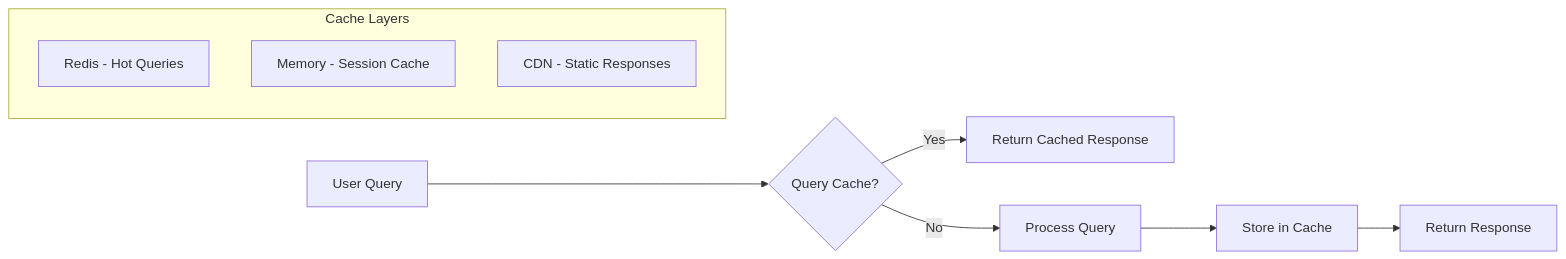
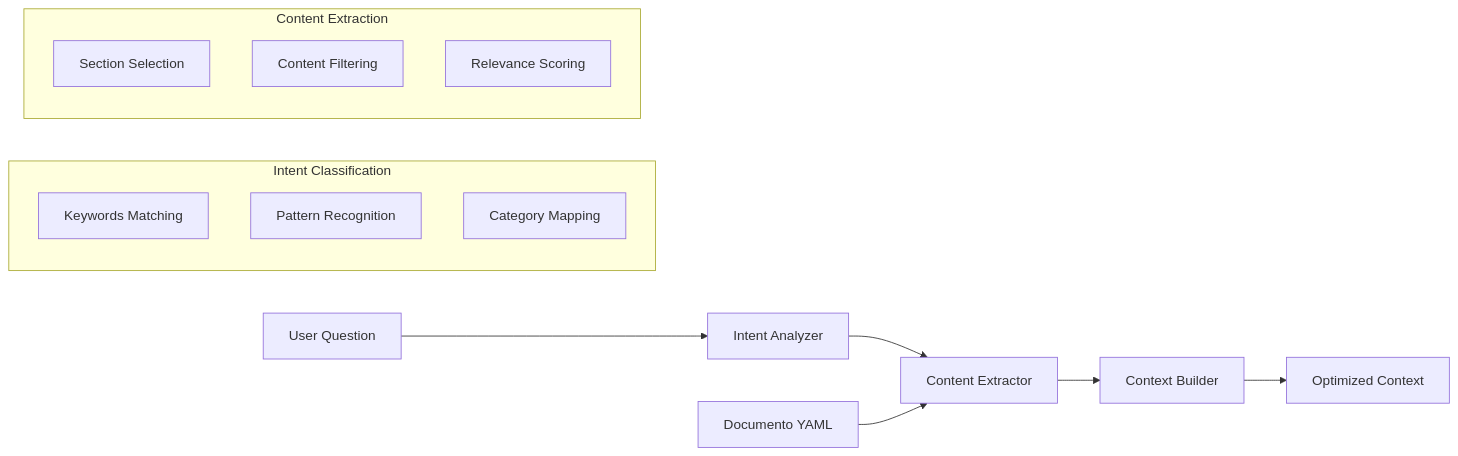
Before and after one commit to LIDR-academy/AI4Devs-finalproject: the third of 13 diagrams in docs/tech-solution.md, drawn with Mermaid. The commit also changed other lines of this file and 21 other files, not shown here.

````diff
--- a/docs/tech-solution.md
+++ b/docs/tech-solution.md
@@ -280,14 +114,21 @@
 ```mermaid
 graph LR
-    A[User Query] --> B{Query Cache?}
-    B -->|Yes| C[Return Cached Response]
-    B -->|No| D[Process Query]
-    D --> E[Store in Cache]
-    E --> F[Return Response]
+    A[User Question] --> B[Intent Analyzer]
+    B --> C[Content Extractor]
+    C --> D[Context Builder]
+    D --> E[Optimized Context]
     
-    subgraph "Cache Layers"
-        G[Redis - Hot Queries]
-        H[Memory - Session Cache]
-        I[CDN - Static Responses]
+    F[Documento YAML] --> C
+    
+    subgraph "Intent Classification"
+        B1[Keywords Matching]
+        B2[Pattern Recognition]
+        B3[Category Mapping]
+    end
+    
+    subgraph "Content Extraction"
+        C1[Section Selection]
+        C2[Content Filtering]
+        C3[Relevance Scoring]
     end
 ```
````
